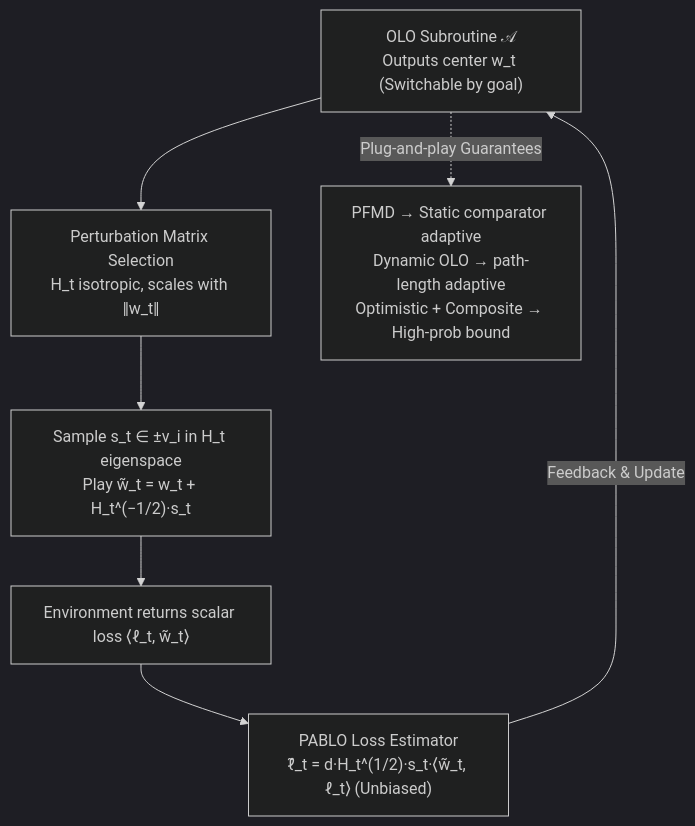
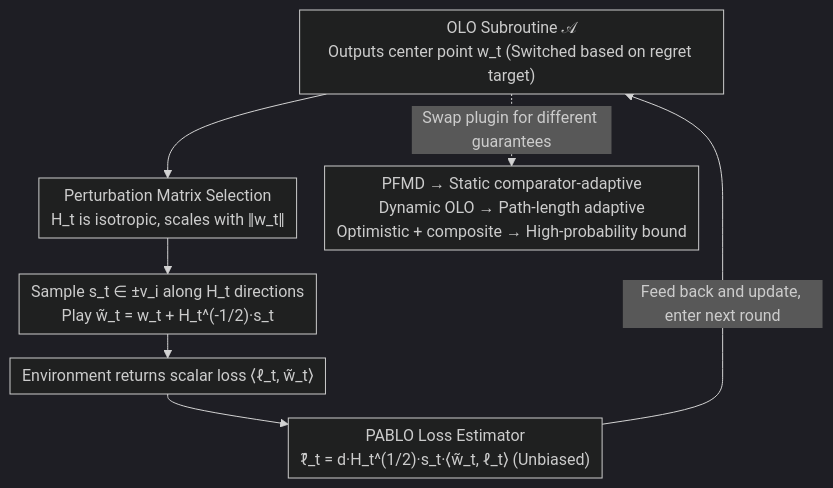
Before and after one commit to zhaoyang97/Paper-Notes-en: the diagram in docs/ICML2026/learning_theory/a_perturbation_approach_to_unconstrained_linear_bandits.md, drawn with Mermaid (dark theme). The commit also changed other lines of this file and 5084 other files, not shown here.

````diff
--- a/docs/ICML2026/learning_theory/a_perturbation_approach_to_unconstrained_linear_bandits.md
+++ b/docs/ICML2026/learning_theory/a_perturbation_approach_to_unconstrained_linear_bandits.md
@@ -44,9 +44,10 @@
 ```mermaid
-graph TD
-    A["OLO Subroutine 𝒜<br/>Outputs center w_t (Switchable by goal)"] --> B["Perturbation Matrix Selection<br/>H_t isotropic, scales with ‖w_t‖"]
-    B --> C["Sample s_t ∈ ±v_i in H_t eigenspace<br/>Play w̃_t = w_t + H_t^(−1/2)·s_t"]
+%%{init: {'flowchart': {'rankSpacing': 24, 'nodeSpacing': 28, 'padding': 6, 'wrappingWidth': 400}}}%%
+flowchart TD
+    A["OLO Subroutine 𝒜<br/>Outputs center point w_t (Switched based on regret target)"] --> B["Perturbation Matrix Selection<br/>H_t is isotropic, scales with ‖w_t‖"]
+    B --> C["Sample s_t ∈ ±v_i along H_t directions<br/>Play w̃_t = w_t + H_t^(-1/2)·s_t"]
     C --> D["Environment returns scalar loss ⟨ℓ_t, w̃_t⟩"]
     D --> E["PABLO Loss Estimator<br/>ℓ̃_t = d·H_t^(1/2)·s_t·⟨w̃_t, ℓ_t⟩ (Unbiased)"]
-    E -->|Feedback & Update| A
-    A -.Plug-and-play Guarantees.-> F["PFMD → Static comparator adaptive<br/>Dynamic OLO → path-length adaptive<br/>Optimistic + Composite → High-prob bound"]
+    E -->|Feed back and update, enter next round| A
+    A -.Swap plugin for different guarantees.-> F["PFMD → Static comparator-adaptive<br/>Dynamic OLO → Path-length adaptive<br/>Optimistic + composite → High-probability bound"]
 ```
````
